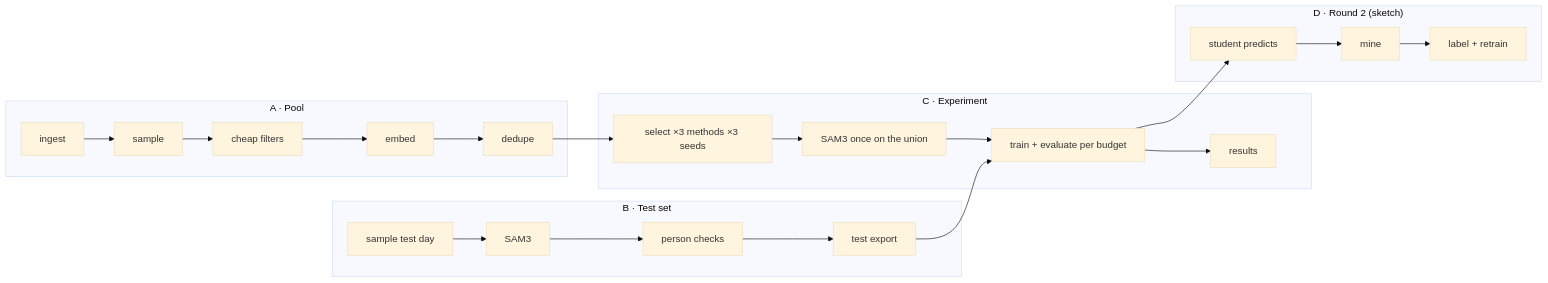
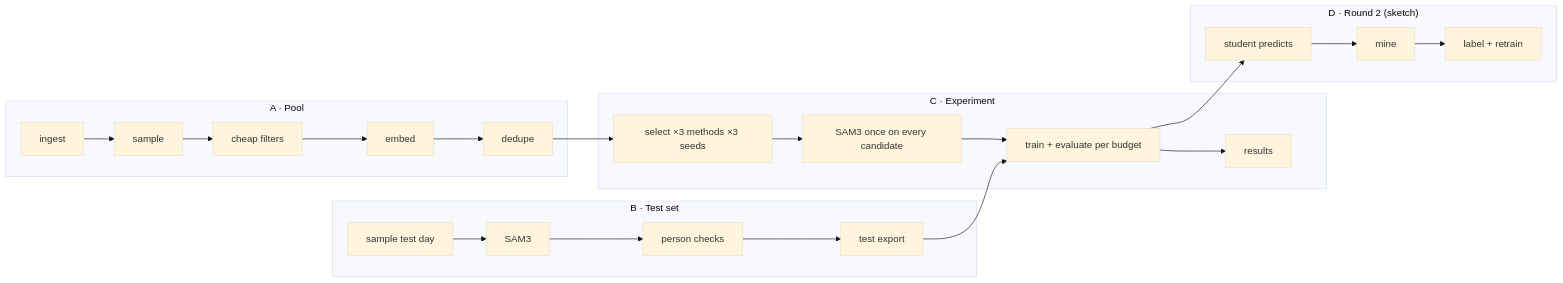
One commit to cupcakes04/Rin changed the first of 2 diagrams in dev/notes/usage.md. Above: the diagram before and after it, drawn with Mermaid (base theme). The commit also changed other lines of this file and 21 other files, not shown here.

````diff
--- a/dev/notes/usage.md
+++ b/dev/notes/usage.md
@@ -7,18 +7,18 @@
 ```mermaid
 flowchart LR
     subgraph A["A · Pool"]
       A1[ingest] --> A2[sample] --> A3[cheap filters] --> A4[embed] --> A5[dedupe]
     end
     subgraph B["B · Test set"]
       B1[sample test day] --> B2[SAM3] --> B3[person checks] --> B4[test export]
     end
     subgraph C["C · Experiment"]
-      C1[select ×3 methods ×3 seeds] --> C2[SAM3 once on the union] --> C3[train + evaluate per budget] --> C4[results]
+      C1[select ×3 methods ×3 seeds] --> C2[SAM3 once on every candidate] --> C3[train + evaluate per budget] --> C4[results]
     end
     subgraph D["D · Round 2 (sketch)"]
       D1[student predicts] --> D2[mine] --> D3[label + retrain]
     end
     A5 --> C1
     B4 --> C3
     C3 --> D1
 ```
````
